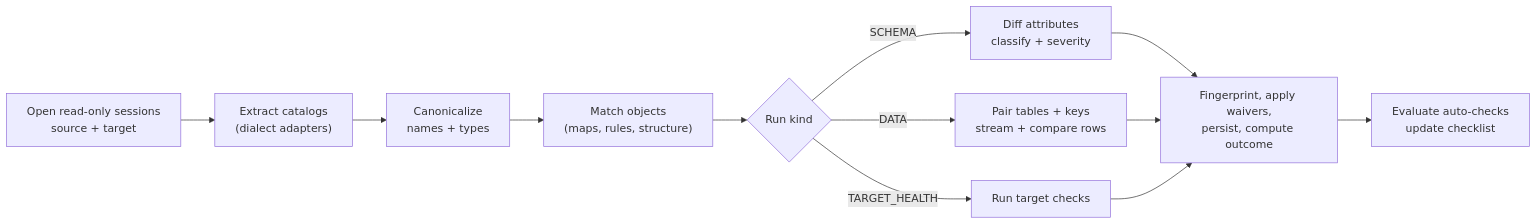
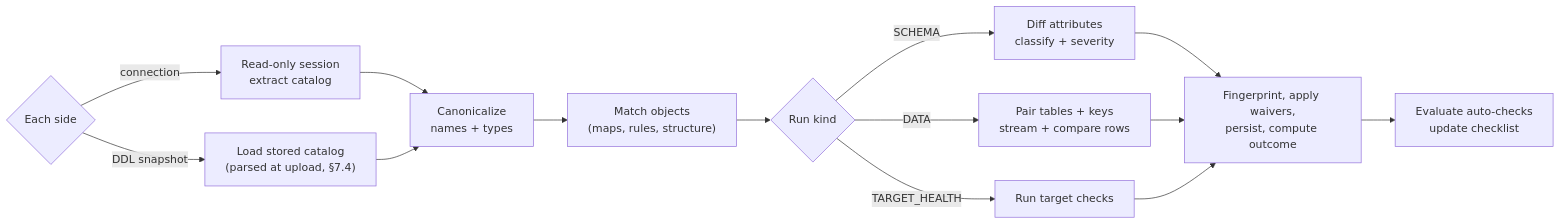
One commit to ardon-g-tolentino-jr/cooked-service changed the first of 5 diagrams in docs/DB_MIGRATION_ASSISTANT_SPEC.md. Above: the diagram before and after it, drawn with Mermaid. The commit also changed other lines of this file and 1 other file, not shown here.

First line of the commit message:
docs: dbmig spec v0.2 - MySQL/PostgreSQL/Oracle, standalone, DDL input

````diff
--- a/docs/DB_MIGRATION_ASSISTANT_SPEC.md
+++ b/docs/DB_MIGRATION_ASSISTANT_SPEC.md
@@ -477,14 +524,16 @@
 ```mermaid
 flowchart LR
-  A["Open read-only sessions<br/>source + target"] --> B["Extract catalogs<br/>(dialect adapters)"]
-  B --> C["Canonicalize<br/>names + types"]
+  A{"Each side"} -- connection --> B1["Read-only session<br/>extract catalog"]
+  A -- "DDL snapshot" --> B2["Load stored catalog<br/>(parsed at upload, §7.4)"]
+  B1 --> C["Canonicalize<br/>names + types"]
+  B2 --> C
   C --> D["Match objects<br/>(maps, rules, structure)"]
   D --> E{"Run kind"}
   E -- SCHEMA --> F["Diff attributes<br/>classify + severity"]
   E -- DATA --> G["Pair tables + keys<br/>stream + compare rows"]
   E -- TARGET_HEALTH --> H["Run target checks"]
   F --> I["Fingerprint, apply waivers,<br/>persist, compute outcome"]
   G --> I
   H --> I
   I --> J["Evaluate auto-checks<br/>update checklist"]
 ```
````
